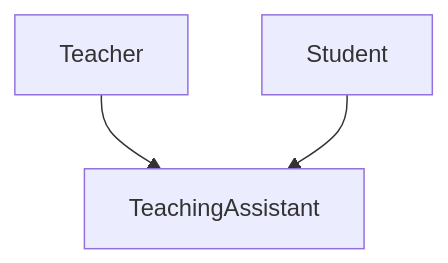
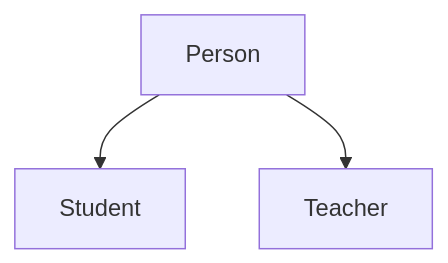
One commit to VishnuKumpati/KVCET_Year1_Content changed the fourth of 5 diagrams in modules/m4-object-oriented-programming/wk10-inheritance-and-polymorphism/4-types-of-inheritance.md. Above: the diagram before and after it, drawn with Mermaid. The commit also changed other lines of this file and 14 other files, not shown here.

````diff
--- a/modules/m4-object-oriented-programming/wk10-inheritance-and-polymorphism/4-types-of-inheritance.md
+++ b/modules/m4-object-oriented-programming/wk10-inheritance-and-polymorphism/4-types-of-inheritance.md
@@ -131,5 +175,5 @@
 ```mermaid
 flowchart TD
-    A["Teacher"] --> C["TeachingAssistant"]
-    B["Student"] --> C
+    A["Person"] --> B["Student"]
+    A --> C["Teacher"]
 ```
````
